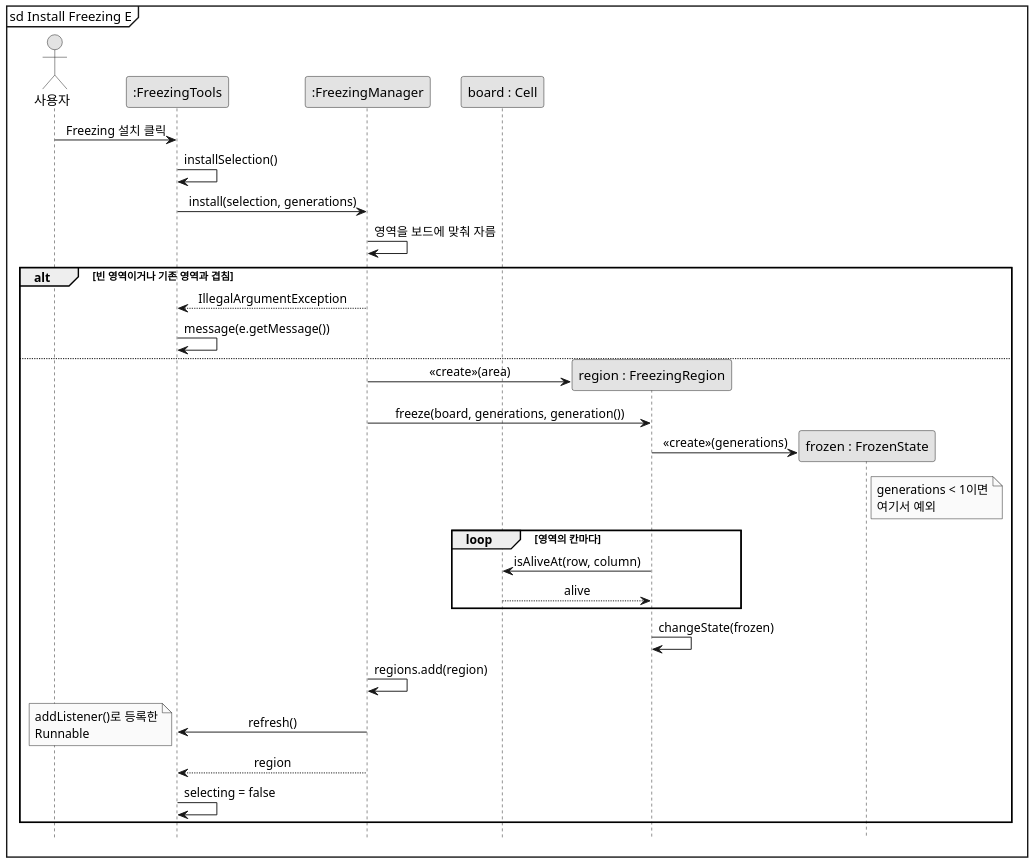
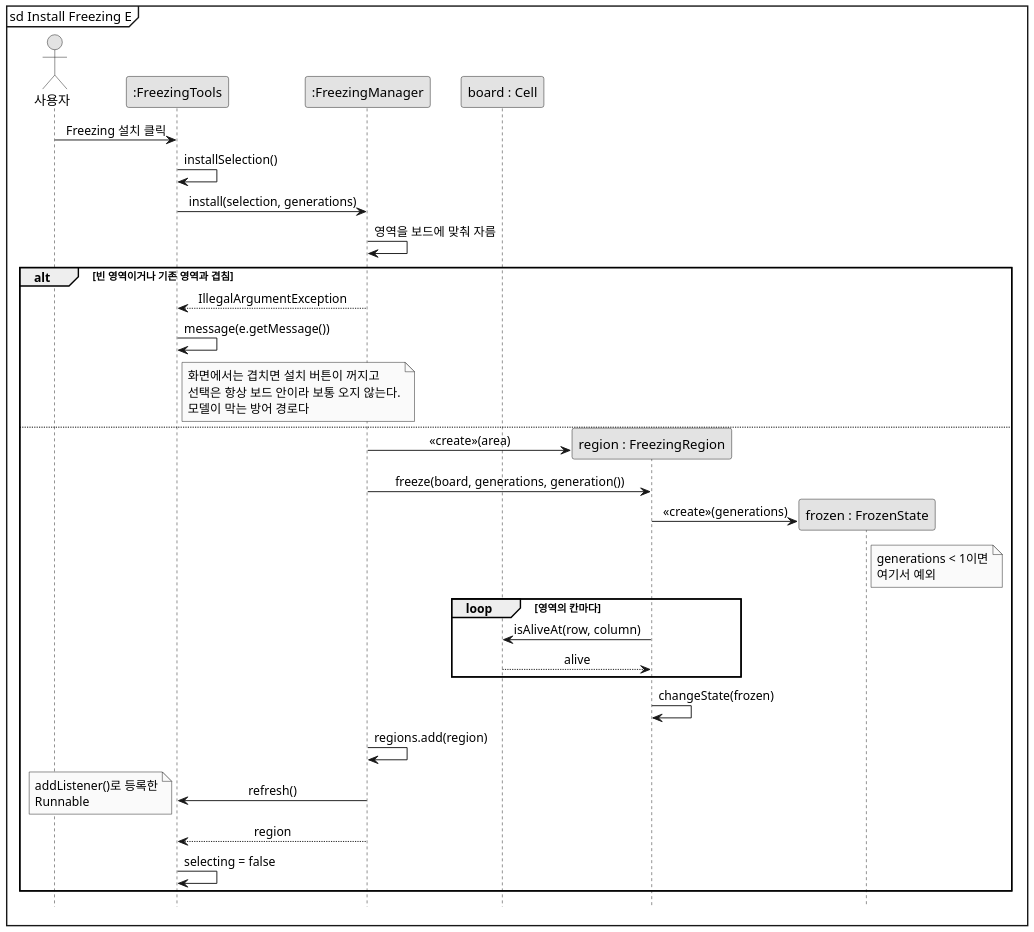
One commit to mckimR1972/DP_team_project changed the diagram in docs/freezing/diagram/sd-install.puml. Above: the diagram before and after it, drawn with PlantUML. The commit also changed 9 other files, not shown here.

First line of the commit message:
docs: Freezing 다이어그램 2차 검토 반영

```diff
--- a/docs/freezing/diagram/sd-install.puml
+++ b/docs/freezing/diagram/sd-install.puml
@@ -1,41 +1,46 @@
 @startuml sd-install
 skinparam monochrome true
 skinparam dpi 150
 skinparam shadowing false
 skinparam defaultFontName "Malgun Gothic"
 skinparam sequenceMessageAlign center
 hide footbox
 mainframe sd Install Freezing E
 
 actor "사용자" as User
 participant ":FreezingTools" as T
 participant ":FreezingManager" as M
 participant "board : Cell" as B
 
 User -> T : Freezing 설치 클릭
 T -> T : installSelection()
 T -> M : install(selection, generations)
 M -> M : 영역을 보드에 맞춰 자름
 
 alt 빈 영역이거나 기존 영역과 겹침
   M --> T : IllegalArgumentException
   T -> T : message(e.getMessage())
+  note right of T
+    화면에서는 겹치면 설치 버튼이 꺼지고
+    선택은 항상 보드 안이라 보통 오지 않는다.
+    모델이 막는 방어 경로다
+  end note
 else
   create participant "region : FreezingRegion" as R
   M -> R : <<create>>(area)
   M -> R : freeze(board, generations, generation())
   create participant "frozen : FrozenState" as F
   R -> F : <<create>>(generations)
   note right of F : generations < 1이면\n여기서 예외
   loop 영역의 칸마다
     R -> B : isAliveAt(row, column)
     B --> R : alive
   end
   R -> R : changeState(frozen)
   M -> M : regions.add(region)
   M -> T : refresh()
   note left : addListener()로 등록한\nRunnable
   M --> T : region
   T -> T : selecting = false
 end
 @enduml
```
